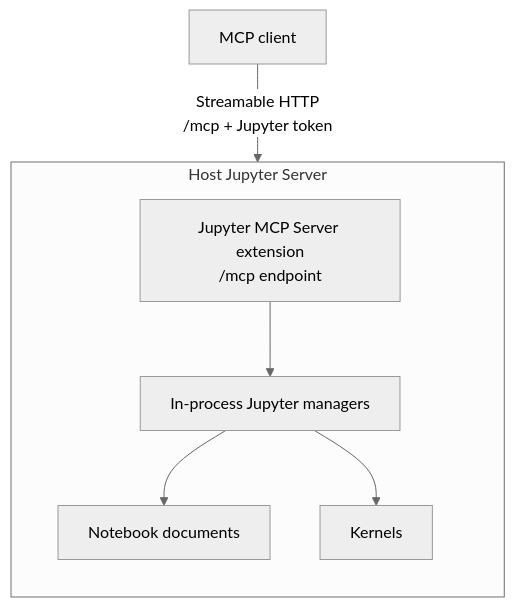
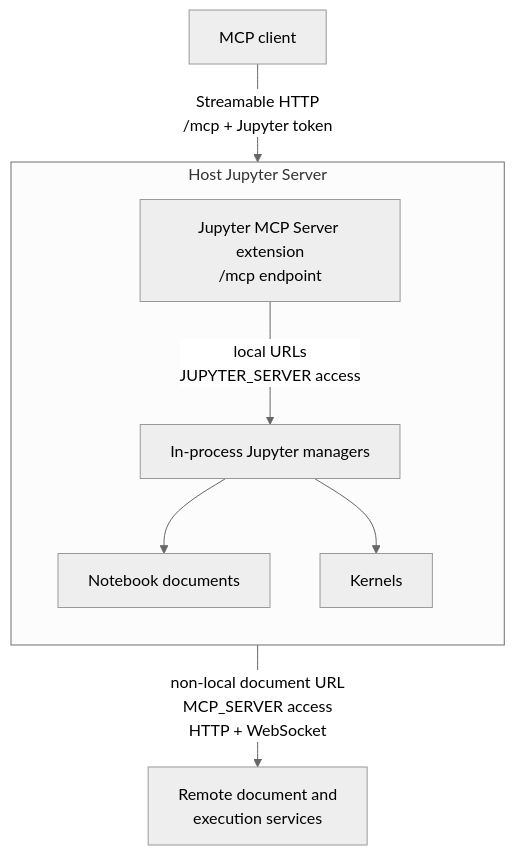
One commit to datalayer/jupyter-mcp-server changed the diagram in docs/docs/mcp-transports/streamable-http-extension/index.mdx. Above: the diagram before and after it, drawn with Mermaid (neutral theme). The commit also changed other lines of this file and 19 other files, not shown here.

````diff
--- a/docs/docs/mcp-transports/streamable-http-extension/index.mdx
+++ b/docs/docs/mcp-transports/streamable-http-extension/index.mdx
@@ -10,18 +11,21 @@
 ```mermaid
 flowchart TB
     client["MCP client"]
 
     subgraph host["Host Jupyter Server"]
         direction TB
         extension["Jupyter MCP Server extension<br/>/mcp endpoint"]
         managers["In-process Jupyter managers"]
         documents["Notebook documents"]
         kernels["Kernels"]
 
-        extension --> managers
+        extension -- "local URLs<br/>JUPYTER_SERVER access" --> managers
         managers --> documents
         managers --> kernels
     end
 
+    remote["Remote document and<br/>execution services"]
+
     client -- "Streamable HTTP<br/>/mcp + Jupyter token" --> extension
+    extension -- "non-local document URL<br/>MCP_SERVER access<br/>HTTP + WebSocket" --> remote
 ```
````
